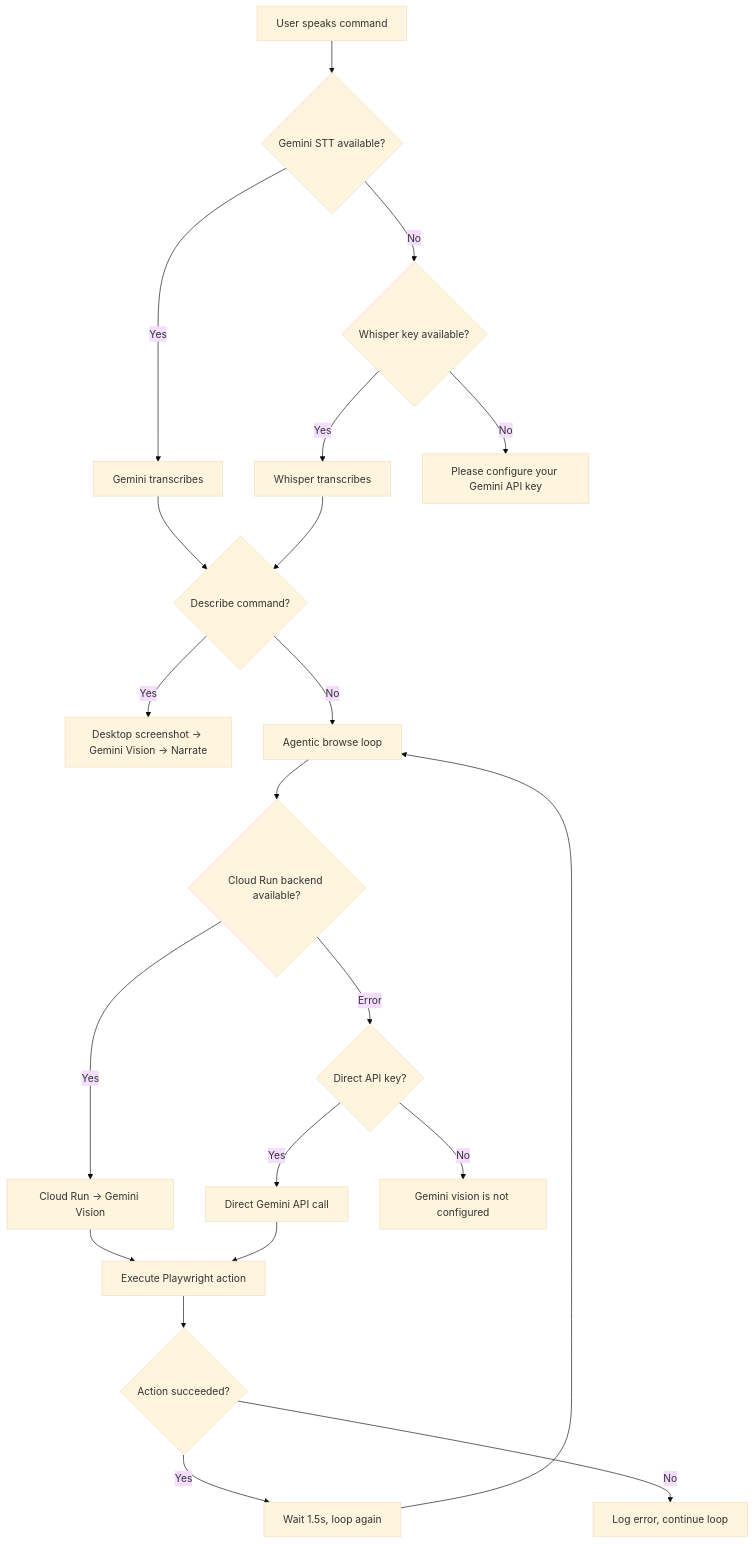
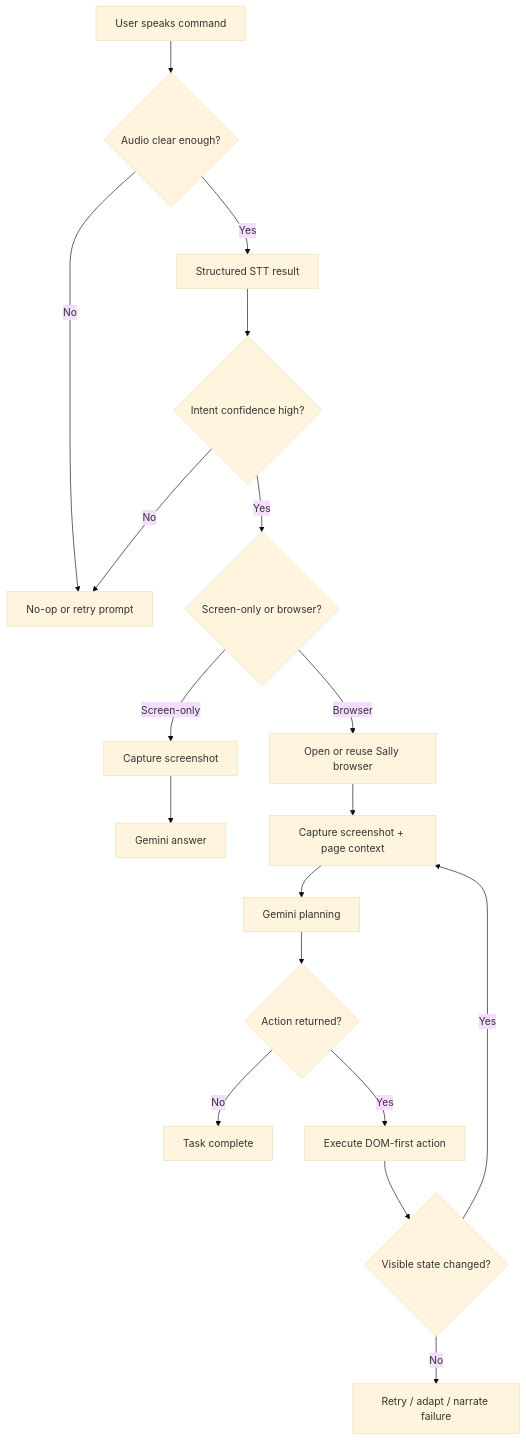
One commit to Manoj7ar/Sally changed the seventh of 7 diagrams in docs/architecture.md. Above: the diagram before and after it, drawn with Mermaid (base theme). The commit also changed other lines of this file and 21 other files, not shown here.

Commit message:
Replace browser automation with Sally browser runtime

````diff
--- a/docs/architecture.md
+++ b/docs/architecture.md
@@ -843,26 +873,23 @@
 ```mermaid
 graph TD
-    A[User speaks command] --> B{Gemini STT available?}
-    B -->|Yes| C[Gemini transcribes]
-    B -->|No| D{Whisper key available?}
-    D -->|Yes| E[Whisper transcribes]
-    D -->|No| F["Please configure your Gemini API key"]
+    A[User speaks command] --> B{Audio clear enough?}
+    B -->|No| C[No-op or retry prompt]
+    B -->|Yes| D[Structured STT result]
 
-    C --> G{Describe command?}
-    E --> G
-    G -->|Yes| H[Desktop screenshot → Gemini Vision → Narrate]
-    G -->|No| I[Agentic browse loop]
+    D --> E{Intent confidence high?}
+    E -->|No| C
+    E -->|Yes| F{Screen-only or browser?}
 
-    I --> J{Cloud Run backend available?}
-    J -->|Yes| K[Cloud Run → Gemini Vision]
-    J -->|Error| L{Direct API key?}
-    L -->|Yes| M[Direct Gemini API call]
-    L -->|No| N["Gemini vision is not configured"]
+    F -->|Screen-only| G[Capture screenshot]
+    G --> H[Gemini answer]
 
-    K --> O[Execute Playwright action]
-    M --> O
-    O --> P{Action succeeded?}
-    P -->|Yes| Q[Wait 1.5s, loop again]
-    P -->|No| R[Log error, continue loop]
-    Q --> I
+    F -->|Browser| I[Open or reuse Sally browser]
+    I --> J[Capture screenshot + page context]
+    J --> K[Gemini planning]
+    K --> L{Action returned?}
+    L -->|No| M[Task complete]
+    L -->|Yes| N[Execute DOM-first action]
+    N --> O{Visible state changed?}
+    O -->|Yes| J
+    O -->|No| P[Retry / adapt / narrate failure]
 ```
````
